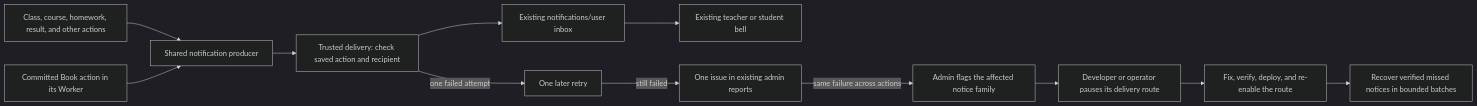
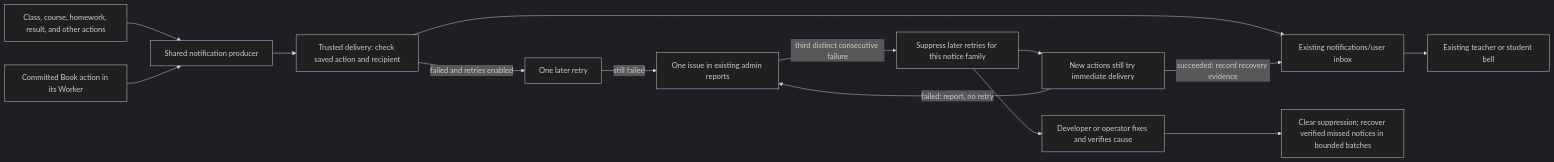
The diagram in documentation/tasks/notification-system-recovery-plan.md (iamhuwng/autoresync), drawn with Mermaid (dark theme) before and after one commit. The commit also changed other lines of this file, not shown here.

Commit message:
docs: suppress retries after repeated family failures

````diff
--- a/documentation/tasks/notification-system-recovery-plan.md
+++ b/documentation/tasks/notification-system-recovery-plan.md
@@ -104,14 +108,16 @@
 ```mermaid
 flowchart LR
   A[Class, course, homework, result, and other actions] --> P[Shared notification producer]
   B[Committed Book action in its Worker] --> P
   P --> D[Trusted delivery: check saved action and recipient]
   D --> I[Existing notifications/user inbox]
   I --> U[Existing teacher or student bell]
-  D -->|one failed attempt| R[One later retry]
+  D -->|failed and retries enabled| R[One later retry]
   R -->|still failed| M[One issue in existing admin reports]
-  M -->|same failure across actions| G[Admin flags the affected notice family]
-  G --> O[Developer or operator pauses its delivery route]
-  O --> F[Fix, verify, deploy, and re-enable the route]
-  F --> H[Recover verified missed notices in bounded batches]
+  M -->|third distinct consecutive failure| S[Suppress later retries for this notice family]
+  S --> N[New actions still try immediate delivery]
+  N -->|failed: report, no retry| M
+  N -->|succeeded: record recovery evidence| I
+  S --> F[Developer or operator fixes and verifies cause]
+  F --> H[Clear suppression; recover verified missed notices in bounded batches]
 ```
````
